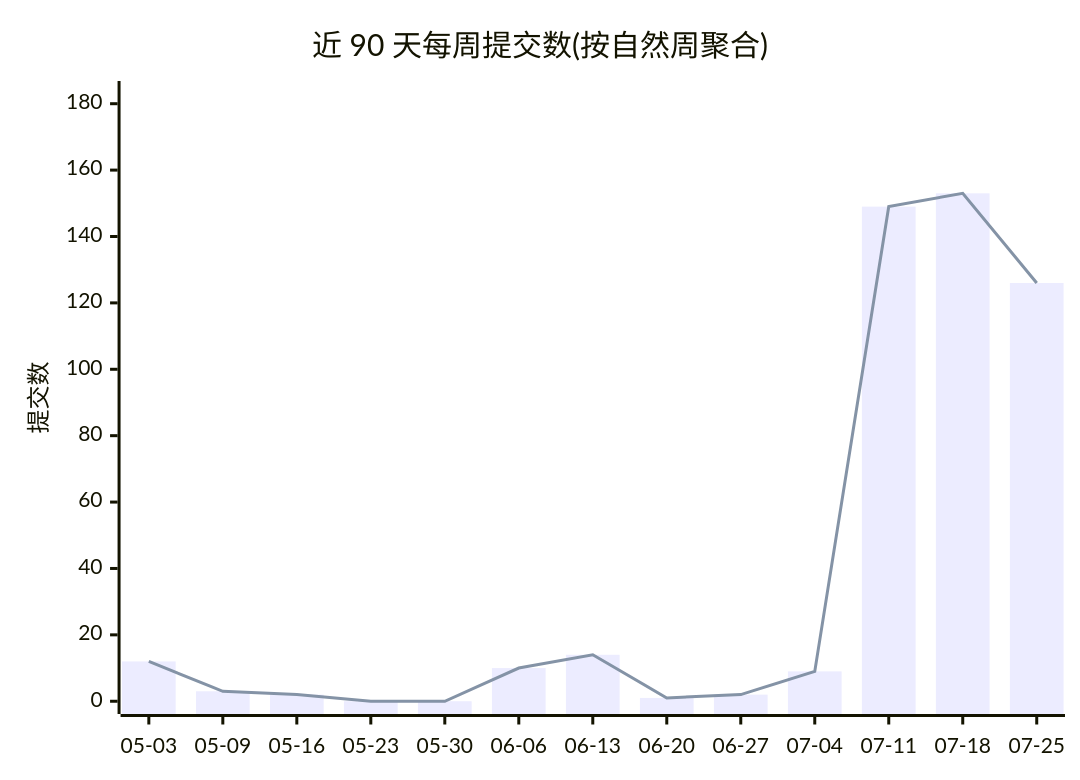
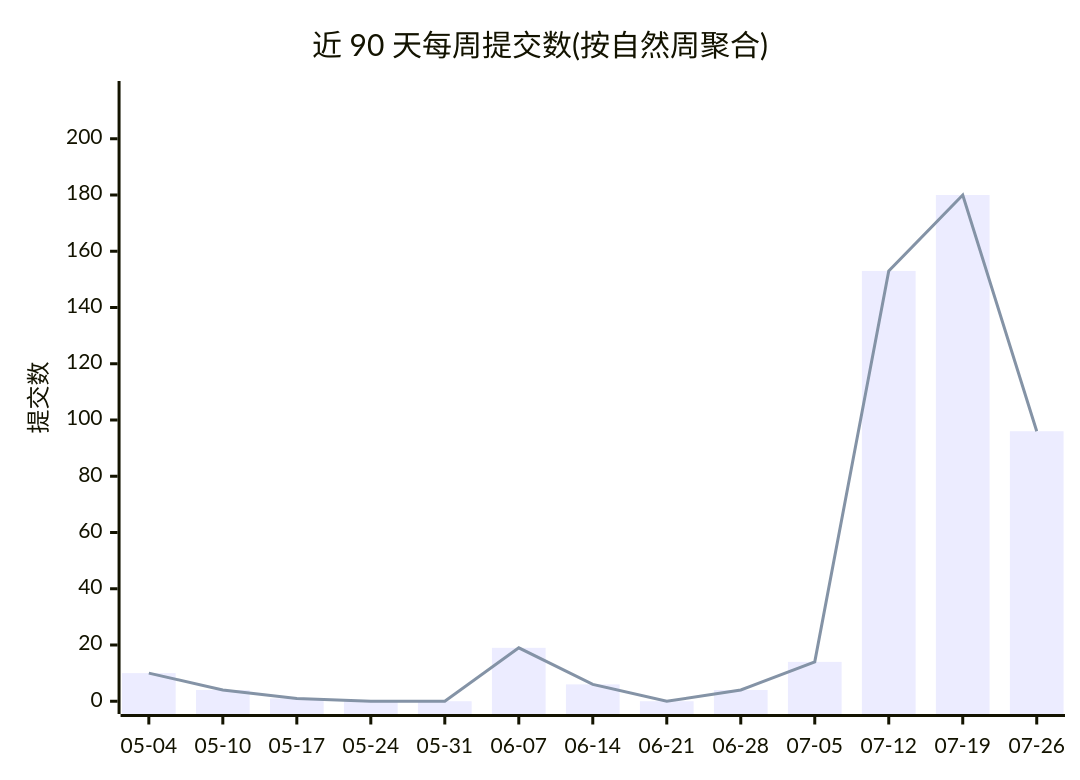
The first of 2 diagrams in profile/README.md (Conflux-Union/.github), drawn with Mermaid before and after one commit. The commit also changed other lines of this file and 1 other file, not shown here.

````diff
--- a/profile/README.md
+++ b/profile/README.md
@@ -44,8 +44,8 @@
 ```mermaid
 xychart-beta
     title "近 90 天每周提交数(按自然周聚合)"
-    x-axis ["05-03", "05-09", "05-16", "05-23", "05-30", "06-06", "06-13", "06-20", "06-27", "07-04", "07-11", "07-18", "07-25"]
-    y-axis "提交数" 0 --> 183
-    bar [12, 3, 2, 0, 0, 10, 14, 1, 2, 9, 149, 153, 126]
-    line [12, 3, 2, 0, 0, 10, 14, 1, 2, 9, 149, 153, 126]
+    x-axis ["05-04", "05-10", "05-17", "05-24", "05-31", "06-07", "06-14", "06-21", "06-28", "07-05", "07-12", "07-19", "07-26"]
+    y-axis "提交数" 0 --> 216
+    bar [10, 4, 1, 0, 0, 19, 6, 0, 4, 14, 153, 180, 96]
+    line [10, 4, 1, 0, 0, 19, 6, 0, 4, 14, 153, 180, 96]
 ```
````
